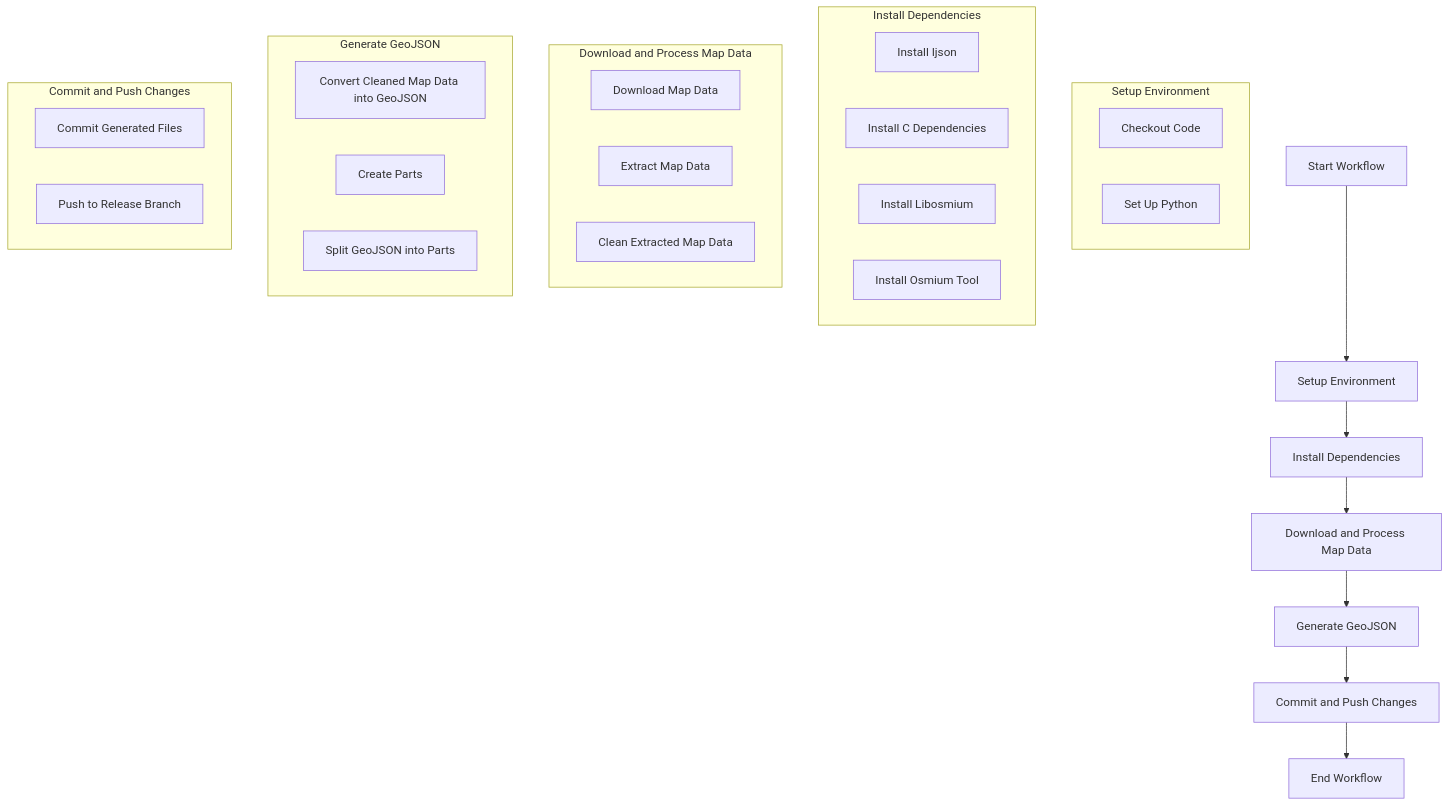
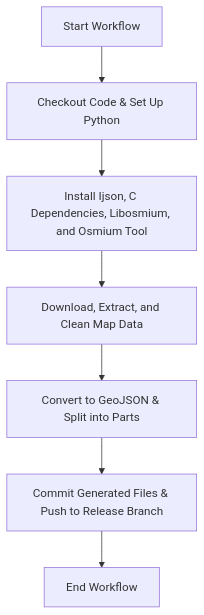
The diagram in README.md (EricHsia7/bus-map), drawn with Mermaid before and after one commit.

````diff
--- a/README.md
+++ b/README.md
@@ -21,38 +21,9 @@
 ```mermaid
 flowchart TD
-    A[Start Workflow] --> B[Setup Environment]
-    B --> C[Install Dependencies]
-    C --> D[Download and Process Map Data]
-    D --> E[Generate GeoJSON]
-    E --> F[Commit and Push Changes]
+    A[Start Workflow] --> B[Checkout Code & Set Up Python]
+    B --> C[Install Ijson, C Dependencies, Libosmium, and Osmium Tool]
+    C --> D[Download, Extract, and Clean Map Data]
+    D --> E[Convert to GeoJSON & Split into Parts]
+    E --> F[Commit Generated Files & Push to Release Branch]
     F --> G[End Workflow]
-
-    subgraph Setup Environment
-        B1[Checkout Code]
-        B2[Set Up Python]
-    end
-
-    subgraph Install Dependencies
-        C1[Install Ijson]
-        C2[Install C Dependencies]
-        C3[Install Libosmium]
-        C4[Install Osmium Tool]
-    end
-
-    subgraph Download and Process Map Data
-        D1[Download Map Data]
-        D2[Extract Map Data]
-        D3[Clean Extracted Map Data]
-    end
-
-    subgraph Generate GeoJSON
-        E1[Convert Cleaned Map Data into GeoJSON]
-        E2[Create Parts]
-        E3[Split GeoJSON into Parts]
-    end
-
-    subgraph Commit and Push Changes
-        F1[Commit Generated Files]
-        F2[Push to Release Branch]
-    end
 ```
````
